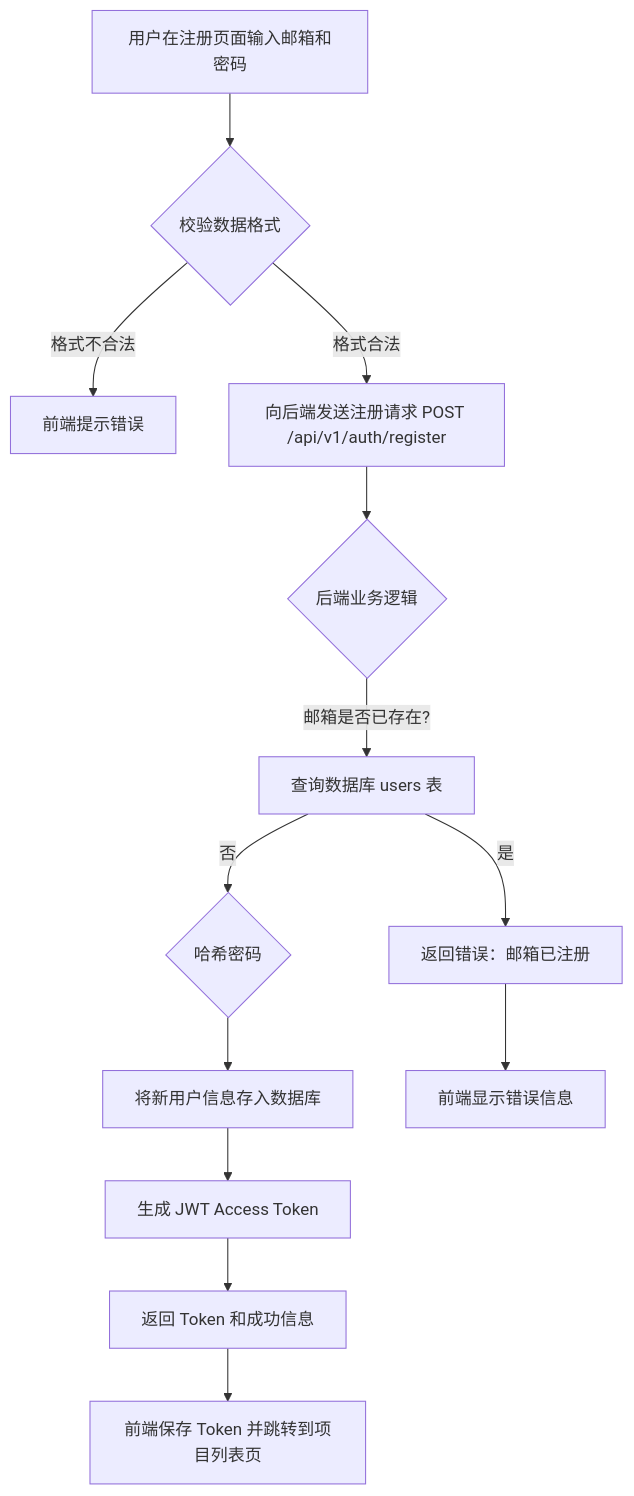
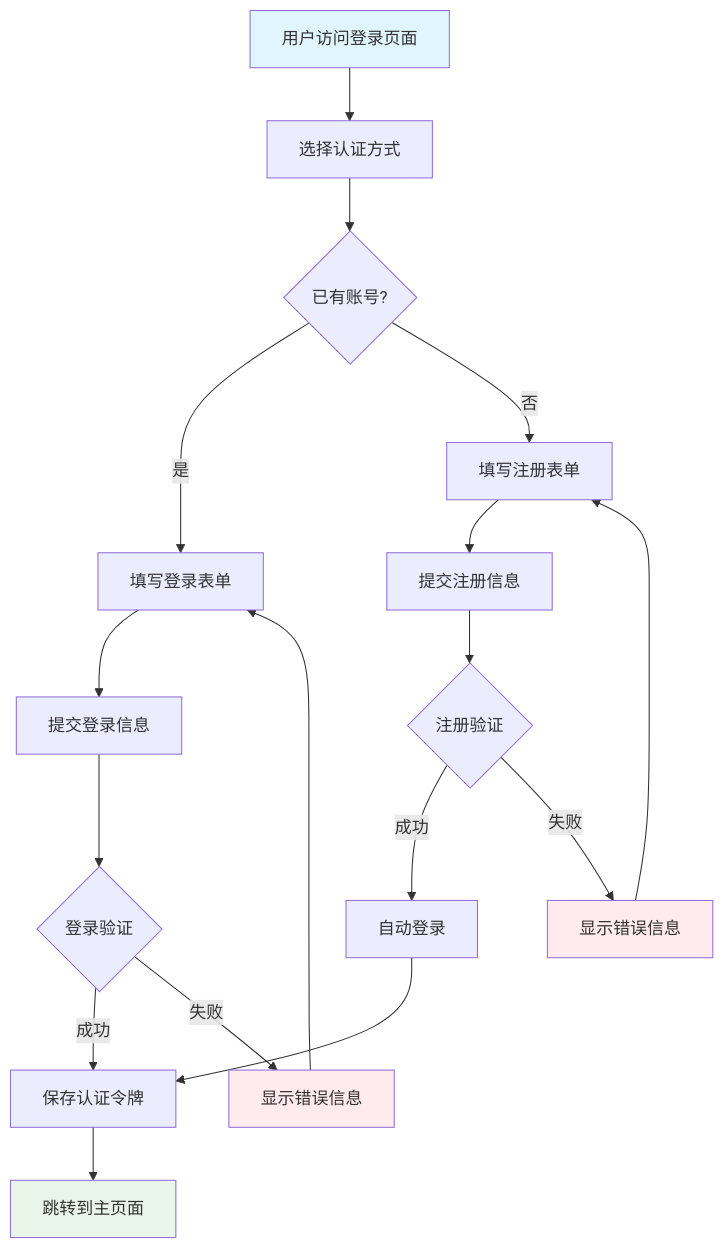
One commit to tiantianmanmanzou/0_ProductDesignKit changed the first of 2 diagrams in CodingEngineering/Module_Detail_Design_Prompts.md. Above: the diagram before and after it, drawn with Mermaid. The commit also changed other lines of this file and 1 other file, not shown here.

````diff
--- a/CodingEngineering/Module_Detail_Design_Prompts.md
+++ b/CodingEngineering/Module_Detail_Design_Prompts.md
@@ -226,15 +213,24 @@
 ```mermaid
-flowchart TD
-    A[用户在注册页面输入邮箱和密码] --> B{校验数据格式};
-    B -- 格式不合法 --> C[前端提示错误];
-    B -- 格式合法 --> D[向后端发送注册请求 POST /api/v1/auth/register];
-    D --> E{后端业务逻辑};
-    E -- 邮箱是否已存在? --> F[查询数据库 users 表];
-    F -- 是 --> G[返回错误：邮箱已注册];
-    F -- 否 --> H{哈希密码};
-    H --> I[将新用户信息存入数据库];
-    I --> J[生成 JWT Access Token];
-    J --> K[返回 Token 和成功信息];
-    K --> L[前端保存 Token 并跳转到项目列表页];
-    G --> M[前端显示错误信息];
+graph TD
+    A[用户访问登录页面] --> B[选择认证方式]
+    B --> C{已有账号?}
+    
+    C -->|是| D[填写登录表单]
+    D --> E[提交登录信息]
+    E --> F{登录验证}
+    F -->|成功| G[保存认证令牌]
+    F -->|失败| H[显示错误信息] --> D
+    G --> I[跳转到主页面]
+    
+    C -->|否| J[填写注册表单]
+    J --> K[提交注册信息]
+    K --> L{注册验证}
+    L -->|成功| M[自动登录]
+    L -->|失败| N[显示错误信息] --> J
+    M --> G
+    
+    style A fill:#e1f5fe
+    style I fill:#e8f5e8
+    style H fill:#ffebee
+    style N fill:#ffebee
 ```
````
